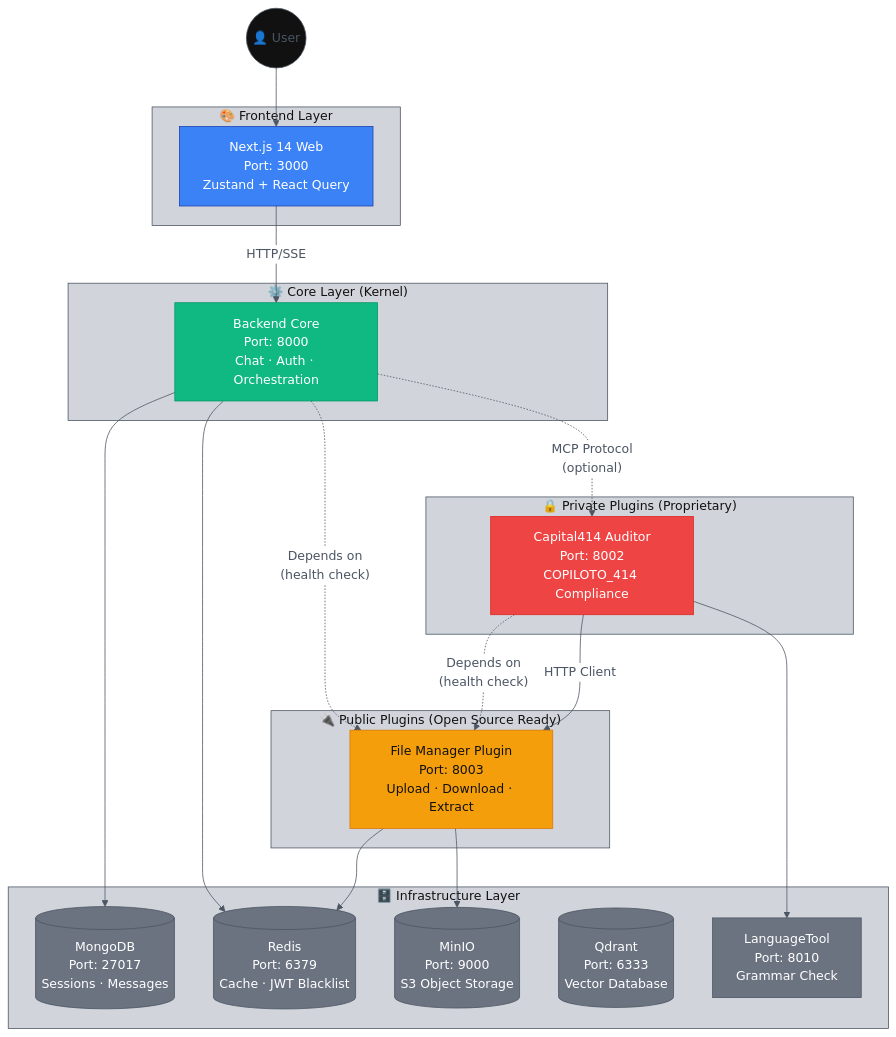
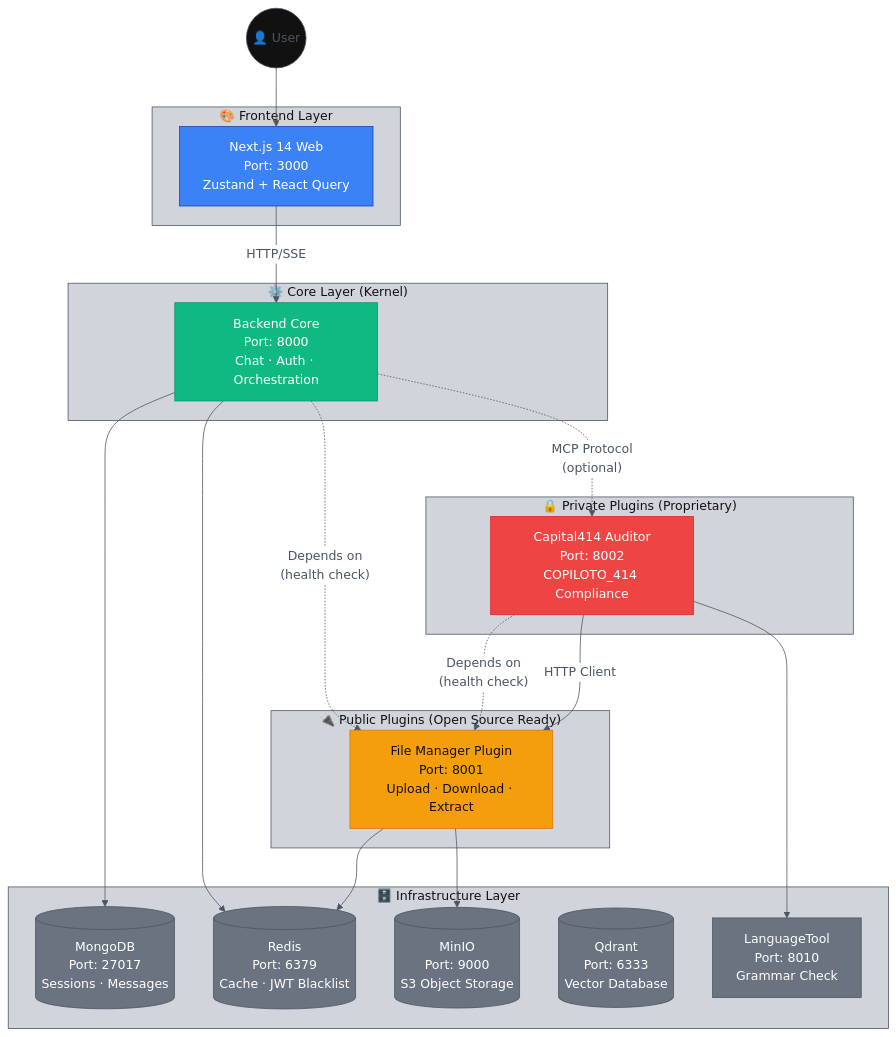
One commit to saptiva-ai/octavios-chat changed the first of 11 diagrams in README.md. Above: the diagram before and after it, drawn with Mermaid. The commit also changed other lines of this file and 14 other files, not shown here.

First line of the commit message:
refactor: change File Manager port from 8003 to 8001

````diff
--- a/README.md
+++ b/README.md
@@ -88,60 +88,60 @@
 ```mermaid
 %%{init: {'theme': 'base', 'themeVariables': {'primaryColor': '#111111','primaryBorderColor': '#4b5563','primaryTextColor': '#4b5563','lineColor': '#4b5563','secondaryColor': '#ffffff','secondaryBorderColor': '#4b5563','secondaryTextColor': '#111111','tertiaryColor': '#d1d5db','tertiaryBorderColor': '#4b5563','tertiaryTextColor': '#111111'}}}%%
 flowchart TB
     subgraph Frontend["🎨 Frontend Layer"]
         web["Next.js 14 Web<br/>Port: 3000<br/>Zustand + React Query"]:::frontend
     end
 
     subgraph Core["⚙️ Core Layer (Kernel)"]
         backend["Backend Core<br/>Port: 8000<br/>Chat · Auth · Orchestration"]:::core
     end
 
     subgraph PublicPlugins["🔌 Public Plugins (Open Source Ready)"]
-        filemanager["File Manager Plugin<br/>Port: 8003<br/>Upload · Download · Extract"]:::plugin_public
+        filemanager["File Manager Plugin<br/>Port: 8001<br/>Upload · Download · Extract"]:::plugin_public
     end
 
     subgraph PrivatePlugins["🔒 Private Plugins (Proprietary)"]
         capital414["Capital414 Auditor<br/>Port: 8002<br/>COPILOTO_414 Compliance"]:::plugin_private
     end
 
     subgraph Infrastructure["🗄️ Infrastructure Layer"]
         mongo[("MongoDB<br/>Port: 27017<br/>Sessions · Messages")]:::infra
         redis[("Redis<br/>Port: 6379<br/>Cache · JWT Blacklist")]:::infra
         minio[("MinIO<br/>Port: 9000<br/>S3 Object Storage")]:::infra
         qdrant[("Qdrant<br/>Port: 6333<br/>Vector Database")]:::infra
         languagetool["LanguageTool<br/>Port: 8010<br/>Grammar Check"]:::infra
     end
 
     %% User to Frontend
     user((👤 User)) --> web
 
     %% Frontend to Core
     web -->|"HTTP/SSE"| backend
 
     %% Core depends on Public Plugins
     backend -.->|"Depends on<br/>(health check)"| filemanager
 
     %% Private Plugins depend on Public Plugins
     capital414 -.->|"Depends on<br/>(health check)"| filemanager
 
     %% Backend to Infrastructure
     backend --> mongo
     backend --> redis
 
     %% File Manager to Infrastructure
     filemanager --> minio
     filemanager --> redis
 
     %% Capital414 to Infrastructure
     capital414 --> languagetool
     capital414 -->|"HTTP Client"| filemanager
 
     %% Core to Private Plugins (optional MCP integration)
     backend -.->|"MCP Protocol<br/>(optional)"| capital414
 
     classDef frontend fill:#3b82f6,stroke:#1e40af,color:#ffffff
     classDef core fill:#10b981,stroke:#059669,color:#ffffff
     classDef plugin_public fill:#f59e0b,stroke:#d97706,color:#111111
     classDef plugin_private fill:#ef4444,stroke:#dc2626,color:#ffffff
     classDef infra fill:#6b7280,stroke:#4b5563,color:#ffffff
 ```
````
